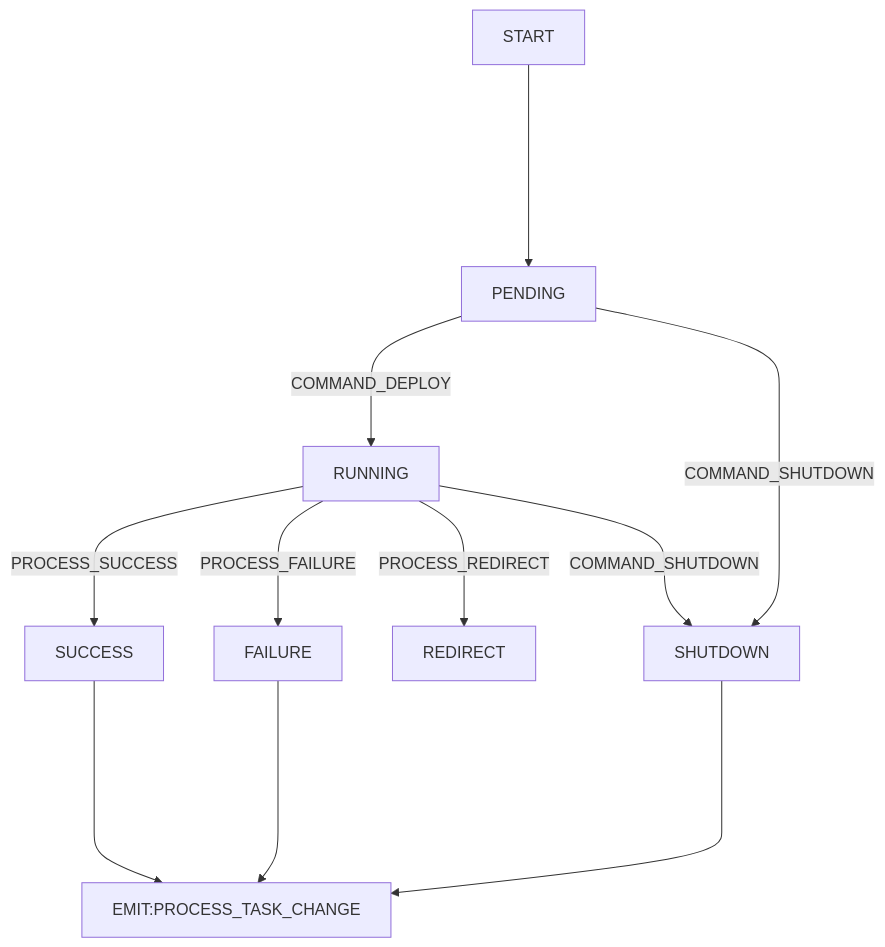
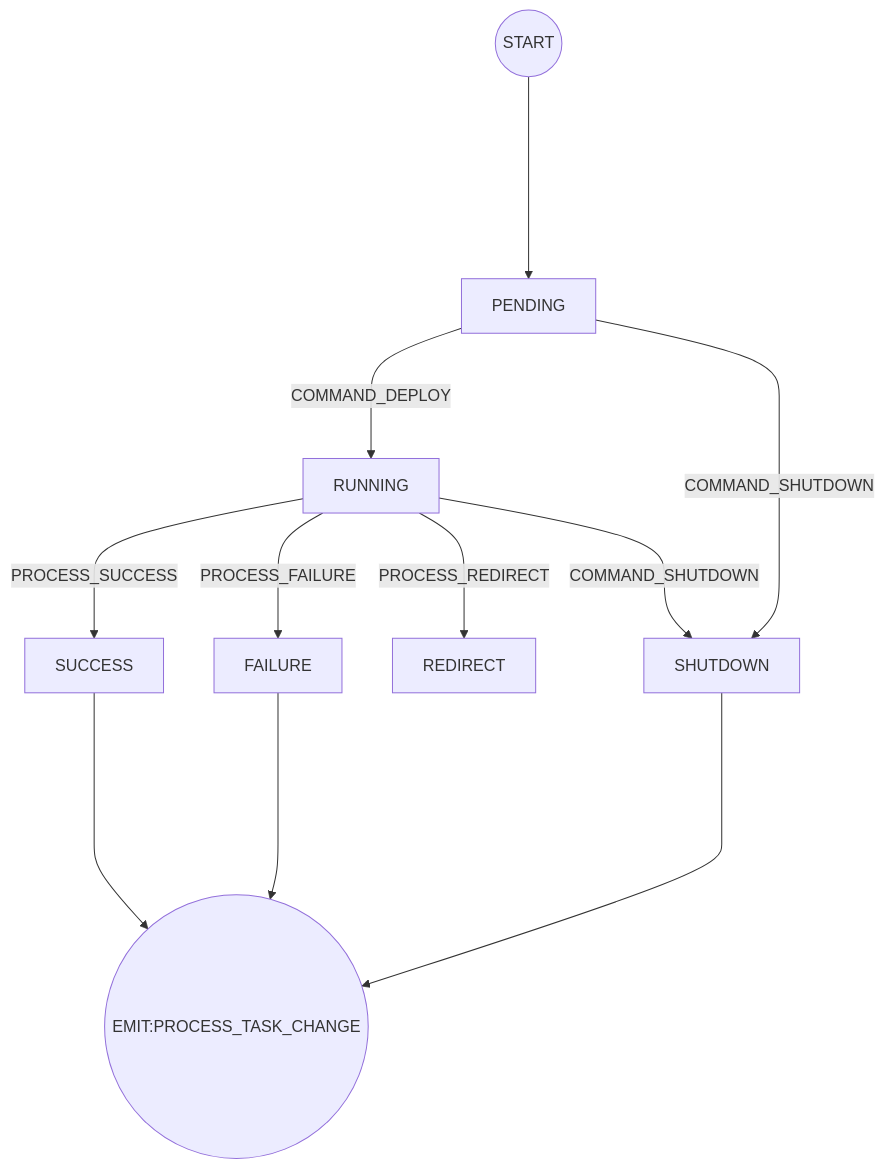
The third of 3 diagrams in docs/2025/zh/project/workflow/orchestration/design.md (kalencaya/docs), drawn with Mermaid before and after one commit. The commit also changed other lines of this file, not shown here.

````diff
--- a/docs/2025/zh/project/workflow/orchestration/design.md
+++ b/docs/2025/zh/project/workflow/orchestration/design.md
@@ -171,13 +171,13 @@
 ```mermaid
 flowchart TD;
-		START -----> PENDING;
+		START((START)) -----> PENDING;
     PENDING -- COMMAND_DEPLOY ---> RUNNING;
     RUNNING -- PROCESS_SUCCESS ---> SUCCESS;
     RUNNING -- PROCESS_FAILURE ---> FAILURE;
     RUNNING -- PROCESS_REDIRECT ---> REDIRECT;
     RUNNING -- COMMAND_SHUTDOWN ---> SHUTDOWN;
     PENDING -- COMMAND_SHUTDOWN ---> SHUTDOWN;
-    SUCCESS -----> END[EMIT:PROCESS_TASK_CHANGE];
+    SUCCESS -----> END((EMIT:PROCESS_TASK_CHANGE));
     FAILURE -----> END;
     SHUTDOWN -----> END;
 ```
````
